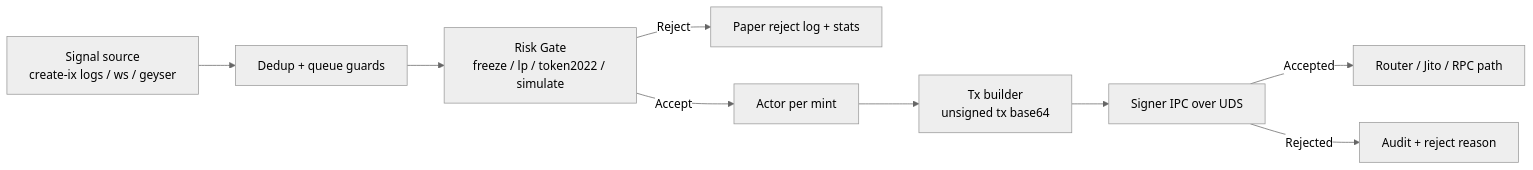
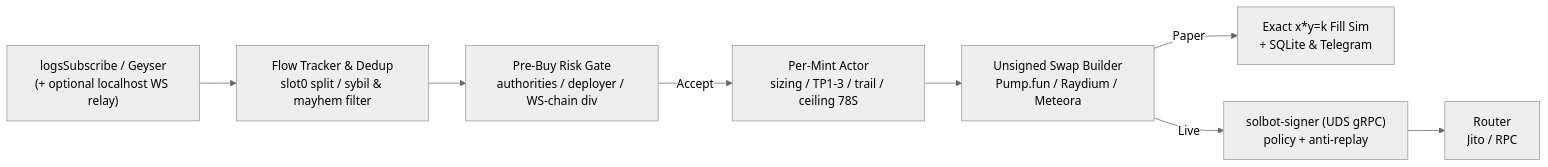
Before and after one commit to a37ra/Tachyon-solana-sniper-bot: the diagram in README.md, drawn with Mermaid (neutral theme). The commit also changed other lines of this file, not shown here.

Commit message:
docs: rewrite README with real architecture, flow filters, and A/B setup

````diff
--- a/README.md
+++ b/README.md
@@ -117,11 +74,10 @@
 ```mermaid
 flowchart LR
-    A["Signal source<br/>create-ix logs / ws / geyser"] --> B["Dedup + queue guards"]
-    B --> C["Risk Gate<br/>freeze / lp / token2022 / simulate"]
-    C -->|Reject| D["Paper reject log + stats"]
-    C -->|Accept| E["Actor per mint"]
-    E --> F["Tx builder<br/>unsigned tx base64"]
-    F --> G["Signer IPC over UDS"]
-    G -->|Accepted| H["Router / Jito / RPC path"]
-    G -->|Rejected| I["Audit + reject reason"]
+    WS["logsSubscribe / Geyser<br/>(+ optional localhost WS relay)"] --> TR["Flow Tracker & Dedup<br/>slot0 split / sybil & mayhem filter"]
+    TR --> RG["Pre-Buy Risk Gate<br/>authorities / deployer / WS-chain div"]
+    RG -->|Accept| ACT["Per-Mint Actor<br/>sizing / TP1-3 / trail / ceiling 78S"]
+    ACT --> TX["Unsigned Swap Builder<br/>Pump.fun / Raydium / Meteora"]
+    TX -->|Paper| SIM["Exact x*y=k Fill Sim<br/>+ SQLite & Telegram"]
+    TX -->|Live| SIG["solbot-signer (UDS gRPC)<br/>policy + anti-replay"]
+    SIG --> RTR["Router<br/>Jito / RPC"]
 ```
````
